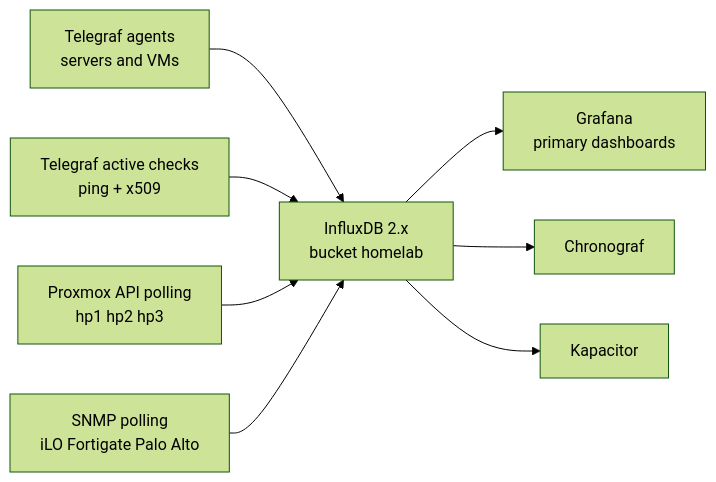
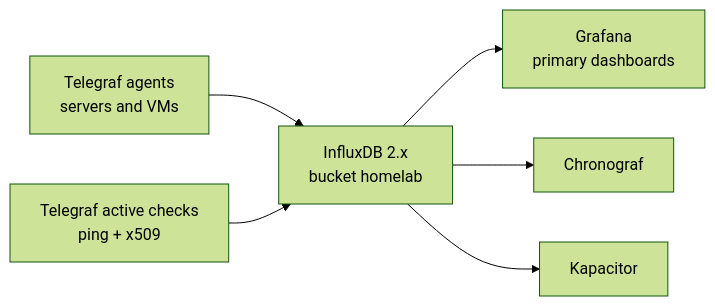
Before and after one commit to larsj96/az-static-web-app-docs: the first of 2 diagrams in docs/monitoring-platform.md, drawn with Mermaid (forest theme). The commit also changed other lines of this file and 1 other file, not shown here.

````diff
--- a/docs/monitoring-platform.md
+++ b/docs/monitoring-platform.md
@@ -47,10 +48,8 @@
 ```mermaid
 flowchart LR
   agents["Telegraf agents\nservers and VMs"] --> influx["InfluxDB 2.x\nbucket homelab"]
   active["Telegraf active checks\nping + x509"] --> influx
-  pve["Proxmox API polling\nhp1 hp2 hp3"] --> influx
-  snmp["SNMP polling\niLO Fortigate Palo Alto"] --> influx
   influx --> grafana["Grafana\nprimary dashboards"]
   influx --> chrono["Chronograf"]
   influx --> kap["Kapacitor"]
 ```
````
